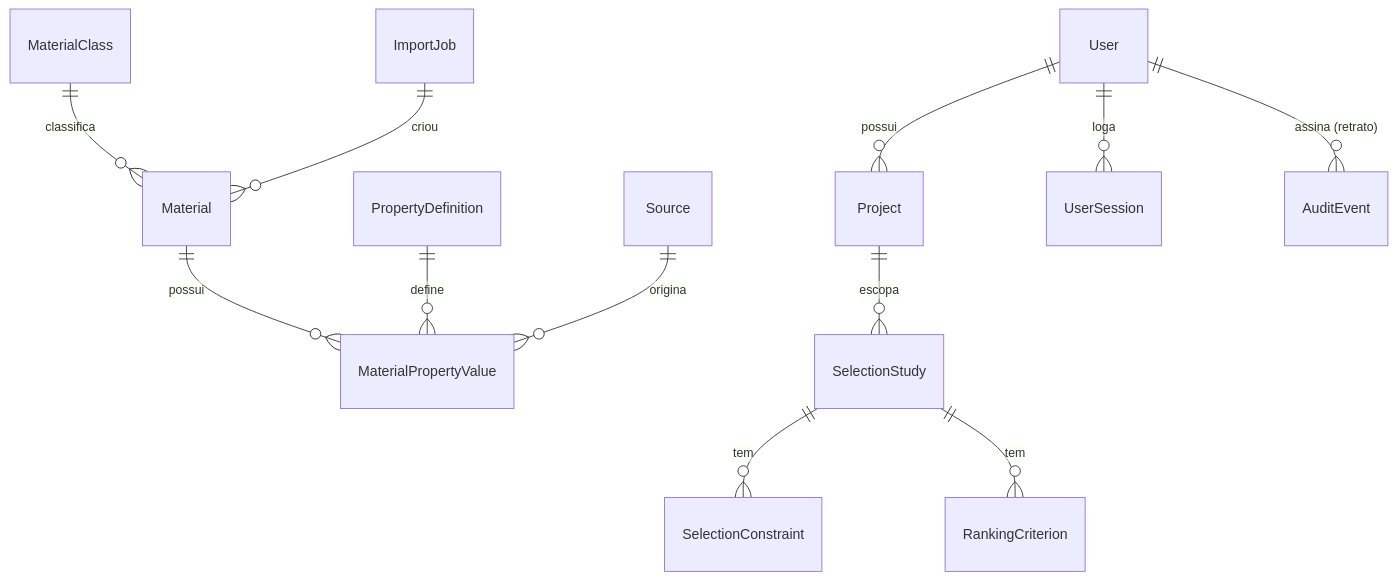
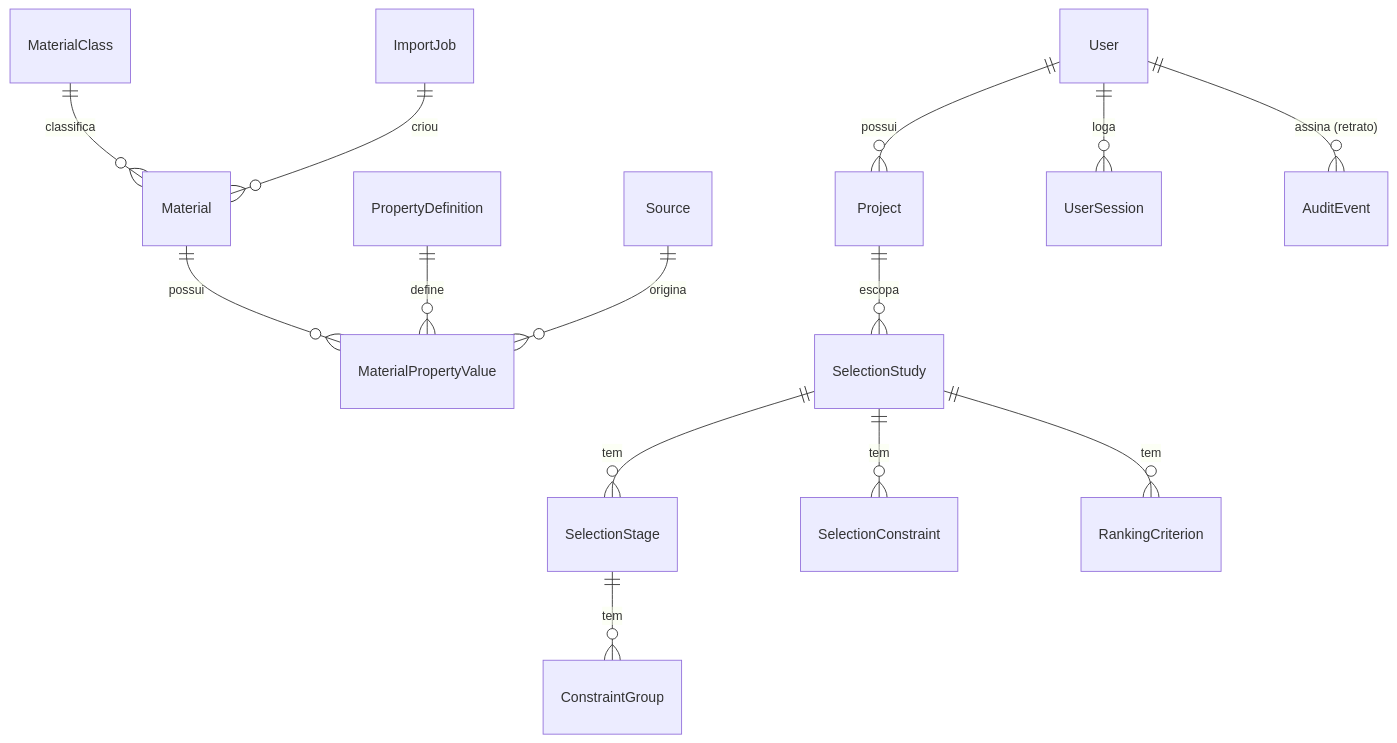
Before and after one commit to Streeft/MaterialSelect-AI: the seventh of 8 diagrams in docs/ARCHITECTURE.md, drawn with Mermaid. The commit also changed other lines of this file and 6 other files, not shown here.

````diff
--- a/docs/ARCHITECTURE.md
+++ b/docs/ARCHITECTURE.md
@@ -272,14 +273,16 @@
 ```mermaid
 erDiagram
   MaterialClass ||--o{ Material : classifica
   Material ||--o{ MaterialPropertyValue : possui
   PropertyDefinition ||--o{ MaterialPropertyValue : define
   Source ||--o{ MaterialPropertyValue : origina
   ImportJob ||--o{ Material : criou
   User ||--o{ Project : possui
   User ||--o{ UserSession : loga
   Project ||--o{ SelectionStudy : escopa
+  SelectionStudy ||--o{ SelectionStage : tem
+  SelectionStage ||--o{ ConstraintGroup : tem
   SelectionStudy ||--o{ SelectionConstraint : tem
   SelectionStudy ||--o{ RankingCriterion : tem
   User ||--o{ AuditEvent : "assina (retrato)"
 ```
````
